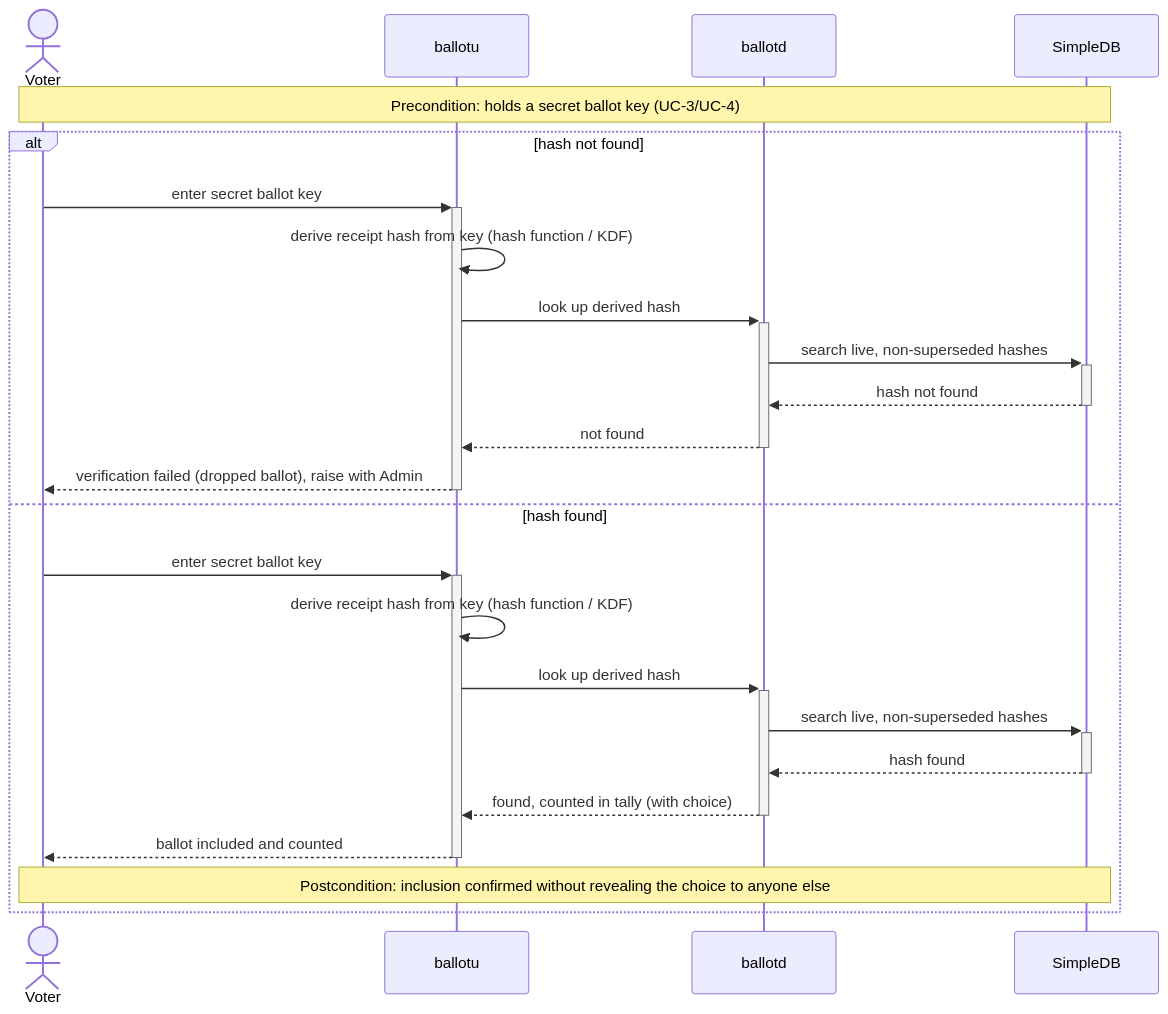
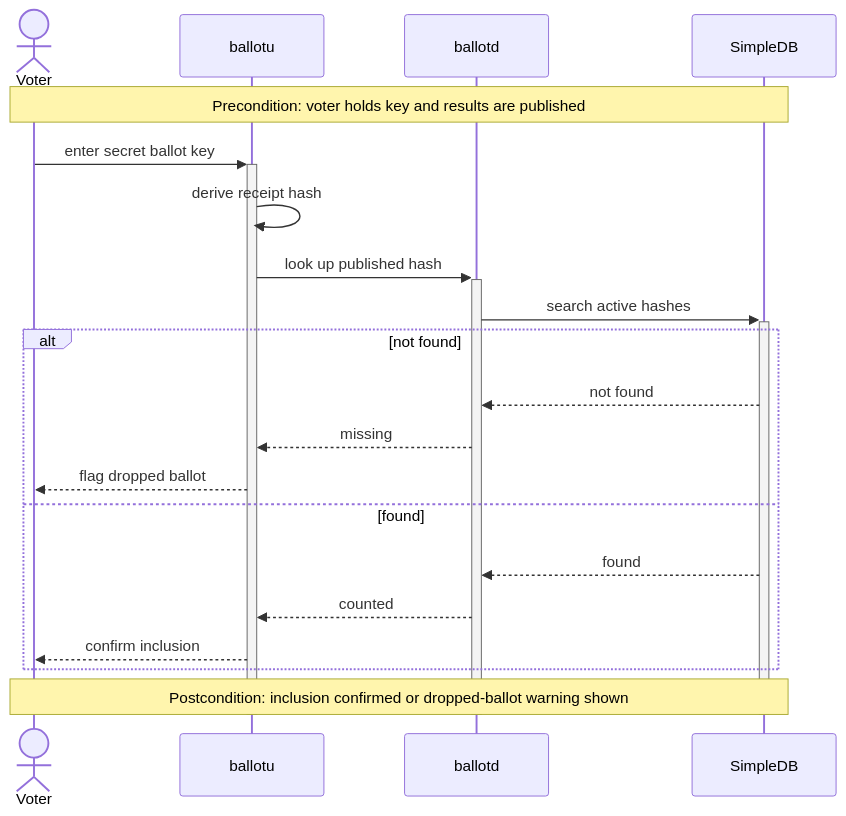
The eighth of 8 diagrams in README.md (JediNakDev/ballotbox), drawn with Mermaid before and after one commit. The commit also changed other lines of this file and 1 other file, not shown here.

````diff
--- a/README.md
+++ b/README.md
@@ -444,28 +425,25 @@
 ```mermaid
 sequenceDiagram
-    actor Voter
-    participant ballotu
-    participant ballotd
-    participant SimpleDB
-
-    note over Voter, SimpleDB: Precondition: holds a secret ballot key (UC-3/UC-4)
-
-    alt hash not found
-        Voter->>+ballotu: enter secret ballot key
-        ballotu->>ballotu: derive receipt hash from key (hash function / KDF)
-        ballotu->>+ballotd: look up derived hash
-        ballotd->>+SimpleDB: search live, non-superseded hashes
-        SimpleDB-->>-ballotd: hash not found
-        ballotd-->>-ballotu: not found
-        ballotu-->>-Voter: verification failed (dropped ballot), raise with Admin
-    else hash found
-        Voter->>+ballotu: enter secret ballot key
-        ballotu->>ballotu: derive receipt hash from key (hash function / KDF)
-        ballotu->>+ballotd: look up derived hash
-        ballotd->>+SimpleDB: search live, non-superseded hashes
-        SimpleDB-->>-ballotd: hash found
-        ballotd-->>-ballotu: found, counted in tally (with choice)
-        ballotu-->>-Voter: ballot included and counted
-        note over Voter,SimpleDB: Postcondition: inclusion confirmed without revealing the choice to anyone else
-    end
+actor Voter
+participant ballotu
+participant ballotd
+participant SimpleDB
+note over Voter,SimpleDB: Precondition: voter holds key and results are published
+Voter->>+ballotu: enter secret ballot key
+ballotu->>ballotu: derive receipt hash
+ballotu->>+ballotd: look up published hash
+ballotd->>+SimpleDB: search active hashes
+alt not found
+SimpleDB-->>ballotd: not found
+ballotd-->>ballotu: missing
+ballotu-->>Voter: flag dropped ballot
+else found
+SimpleDB-->>ballotd: found
+ballotd-->>ballotu: counted
+ballotu-->>Voter: confirm inclusion
+end
+note over Voter,SimpleDB: Postcondition: inclusion confirmed or dropped-ballot warning shown
+deactivate SimpleDB
+deactivate ballotd
+deactivate ballotu
 ```
````
